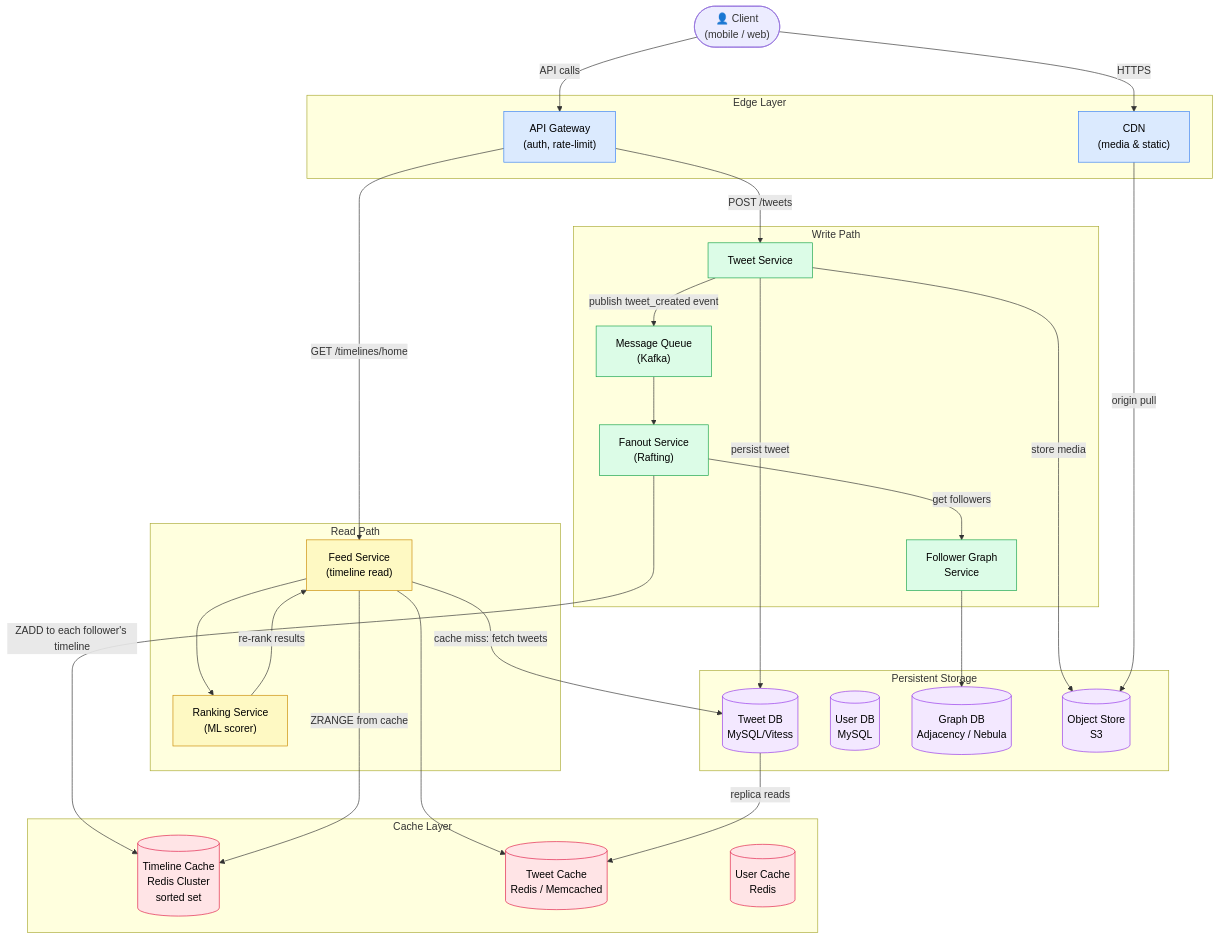
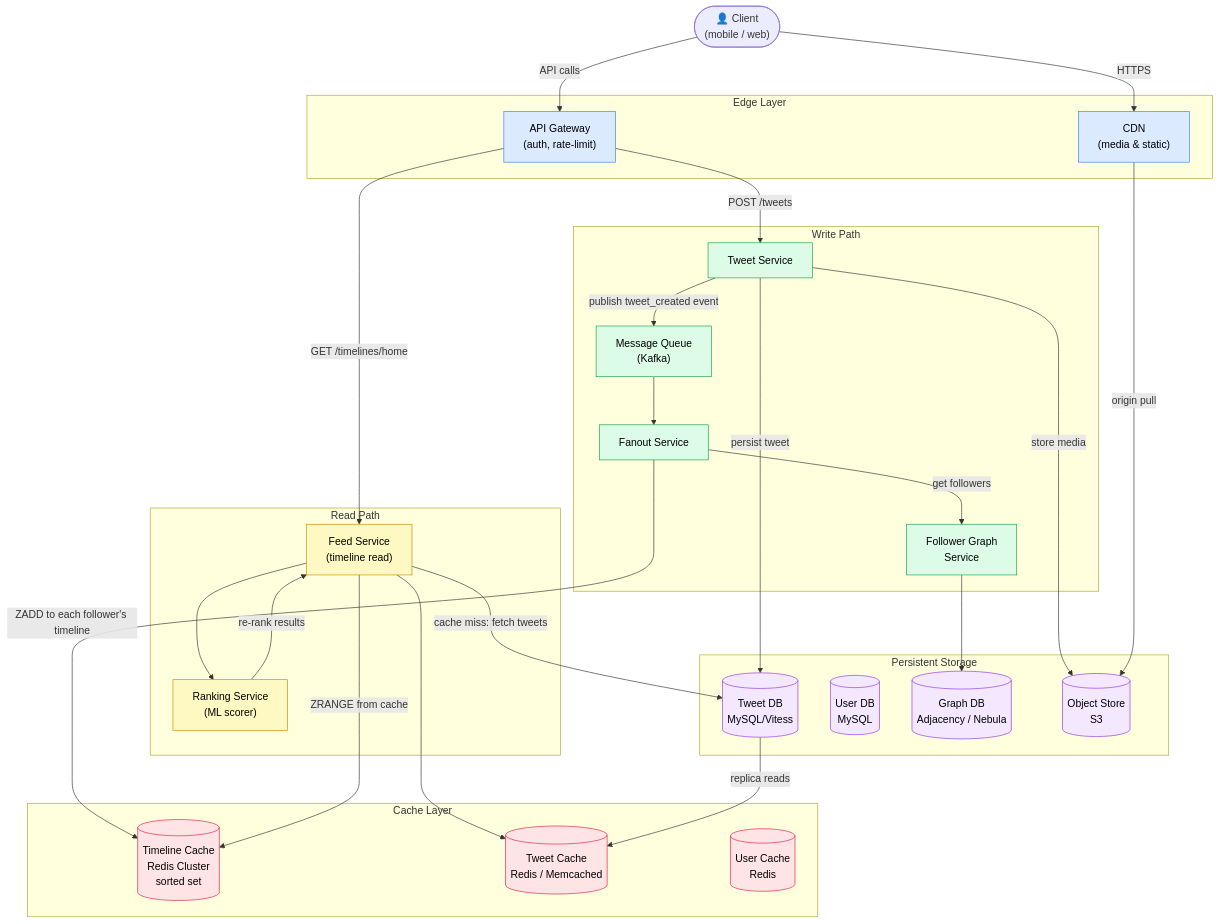
One commit to Ankan1998/learn-system-design changed the first of 4 diagrams in Bonus-Real-World-Architectures/06-News-Feed-Twitter/README.md. Above: the diagram before and after it, drawn with Mermaid. The commit also changed other lines of this file and 139 other files, not shown here.

````diff
--- a/Bonus-Real-World-Architectures/06-News-Feed-Twitter/README.md
+++ b/Bonus-Real-World-Architectures/06-News-Feed-Twitter/README.md
@@ -218,70 +218,70 @@
 ```mermaid
 flowchart TD
     Client(["👤 Client<br/>(mobile / web)"])
 
     subgraph Edge["Edge Layer"]
         CDN["CDN<br/>(media &amp; static)"]
         GW["API Gateway<br/>(auth, rate-limit)"]
     end
 
     subgraph WritePath["Write Path"]
         TweetSvc["Tweet Service"]
-        FanoutSvc["Fanout Service<br/>(Rafting)"]
+        FanoutSvc["Fanout Service"]
         MQ["Message Queue<br/>(Kafka)"]
         GraphSvc["Follower Graph<br/>Service"]
     end
 
     subgraph ReadPath["Read Path"]
         FeedSvc["Feed Service<br/>(timeline read)"]
         RankSvc["Ranking Service<br/>(ML scorer)"]
     end
 
     subgraph Storage["Persistent Storage"]
         TweetDB[("Tweet DB<br/>MySQL/Vitess")]
         UserDB[("User DB<br/>MySQL")]
         GraphDB[("Graph DB<br/>Adjacency / Nebula")]
         MediaStore[("Object Store<br/>S3")]
     end
 
     subgraph Cache["Cache Layer"]
         TimelineCache[("Timeline Cache<br/>Redis Cluster<br/>sorted set")]
         TweetCache[("Tweet Cache<br/>Redis / Memcached")]
         UserCache[("User Cache<br/>Redis")]
     end
 
     Client -->|HTTPS| CDN
     Client -->|API calls| GW
 
     GW -->|POST /tweets| TweetSvc
     GW -->|GET /timelines/home| FeedSvc
 
     TweetSvc -->|persist tweet| TweetDB
     TweetSvc -->|publish tweet_created event| MQ
 
     MQ --> FanoutSvc
     FanoutSvc -->|get followers| GraphSvc
     GraphSvc --> GraphDB
     FanoutSvc -->|ZADD to each follower's timeline| TimelineCache
 
     FeedSvc -->|ZRANGE from cache| TimelineCache
     FeedSvc -->|cache miss: fetch tweets| TweetDB
     FeedSvc --> TweetCache
     FeedSvc --> RankSvc
     RankSvc -->|re-rank results| FeedSvc
 
     TweetSvc -->|store media| MediaStore
     CDN -->|origin pull| MediaStore
     TweetDB -->|replica reads| TweetCache
 
     classDef edge fill:#dbeafe,stroke:#3b82f6,color:#000
     classDef write fill:#dcfce7,stroke:#16a34a,color:#000
     classDef read fill:#fef9c3,stroke:#ca8a04,color:#000
     classDef store fill:#f3e8ff,stroke:#9333ea,color:#000
     classDef cache fill:#ffe4e6,stroke:#e11d48,color:#000
 
     class CDN,GW edge
     class TweetSvc,FanoutSvc,MQ,GraphSvc write
     class FeedSvc,RankSvc read
     class TweetDB,UserDB,GraphDB,MediaStore store
     class TimelineCache,TweetCache,UserCache cache
 ```
````
